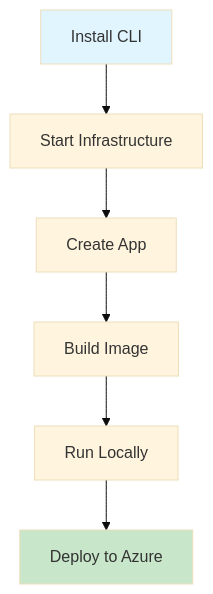
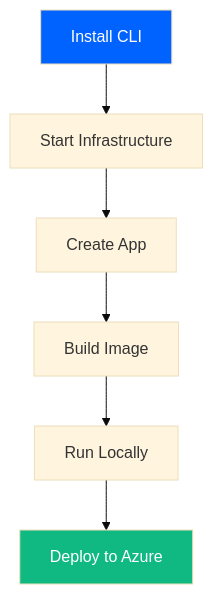
The diagram in README.md (esystemsdev/aifabrix-builder), drawn with Mermaid (base theme) before and after one commit. The commit also changed 9 other files, not shown here.

````diff
--- a/README.md
+++ b/README.md
@@ -71,11 +71,11 @@
 ```mermaid
 flowchart TD
     Install[Install CLI] --> Up[Start Infrastructure]
     Up --> Create[Create App]
     Create --> Build[Build Image]
     Build --> Run[Run Locally]
     Run --> Deploy[Deploy to Azure]
     
-    style Install fill:#e1f5ff
-    style Deploy fill:#c8e6c9
+    style Install fill:#0062FF,color:#FFFFFF
+    style Deploy fill:#10B981,color:#FFFFFF
 ```
````
